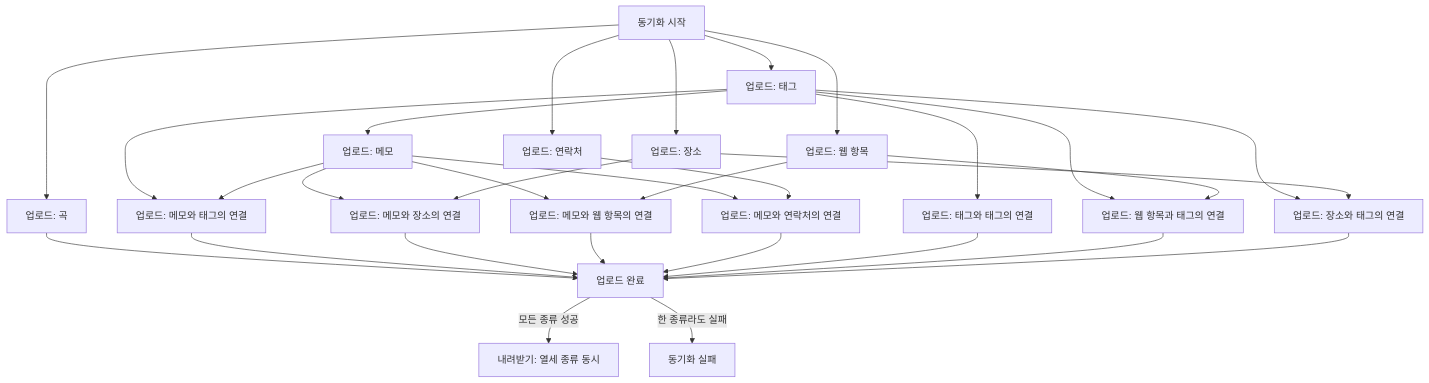
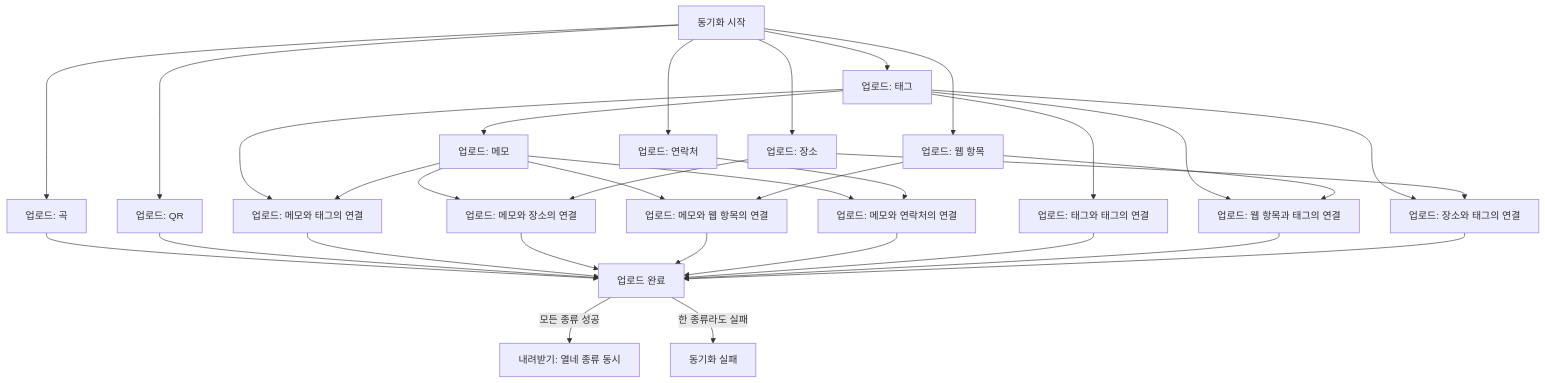
One commit to taetae98coding/DiaryKMP changed the second of 3 diagrams in docs/spec/client/data-sync.md. Above: the diagram before and after it, drawn with Mermaid. The commit also changed other lines of this file and 31 other files, not shown here.

````diff
--- a/docs/spec/client/data-sync.md
+++ b/docs/spec/client/data-sync.md
@@ -78,32 +79,34 @@
 ```mermaid
 flowchart TD
     Start["동기화 시작"] --> UploadTag["업로드: 태그"]
     Start --> UploadPlace["업로드: 장소"]
     Start --> UploadWeb["업로드: 웹 항목"]
     Start --> UploadContact["업로드: 연락처"]
     Start --> UploadMusic["업로드: 곡"]
+    Start --> UploadQr["업로드: QR"]
     UploadTag --> UploadMemo["업로드: 메모"]
     UploadTag --> UploadMemoTag["업로드: 메모와 태그의 연결"]
     UploadTag --> UploadTagLink["업로드: 태그와 태그의 연결"]
     UploadTag --> UploadWebTag["업로드: 웹 항목과 태그의 연결"]
     UploadTag --> UploadPlaceTag["업로드: 장소와 태그의 연결"]
     UploadMemo --> UploadMemoTag
     UploadMemo --> UploadMemoPlace["업로드: 메모와 장소의 연결"]
     UploadMemo --> UploadMemoWeb["업로드: 메모와 웹 항목의 연결"]
     UploadMemo --> UploadMemoContact["업로드: 메모와 연락처의 연결"]
     UploadPlace --> UploadMemoPlace
     UploadPlace --> UploadPlaceTag
     UploadWeb --> UploadWebTag
     UploadWeb --> UploadMemoWeb
     UploadContact --> UploadMemoContact
     UploadMusic --> Uploaded["업로드 완료"]
+    UploadQr --> Uploaded
     UploadMemoTag --> Uploaded
     UploadMemoPlace --> Uploaded
     UploadMemoWeb --> Uploaded
     UploadMemoContact --> Uploaded
     UploadTagLink --> Uploaded
     UploadWebTag --> Uploaded
     UploadPlaceTag --> Uploaded
-    Uploaded -- 모든 종류 성공 --> Download["내려받기: 열세 종류 동시"]
+    Uploaded -- 모든 종류 성공 --> Download["내려받기: 열네 종류 동시"]
     Uploaded -- 한 종류라도 실패 --> Failed["동기화 실패"]
 ```
````
